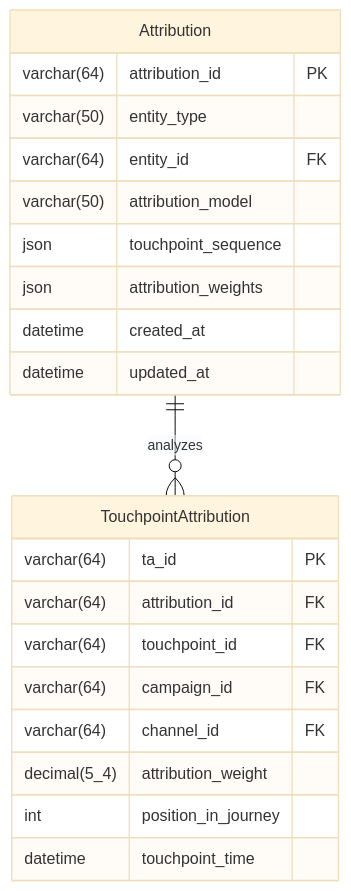
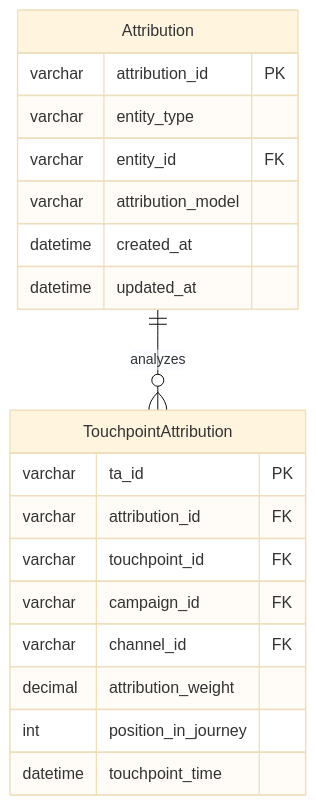
Diagram 16 of 25 in docs/b2b-cdp-entity-design.md (312268112/advanced-java), drawn with Mermaid (base theme) before and after one commit. The commit also changed other lines of this file, not shown here.

Commit message:
Refactor: Update B2B CDP entity design documentation

````diff
--- a/docs/b2b-cdp-entity-design.md
+++ b/docs/b2b-cdp-entity-design.md
@@ -804,26 +774,24 @@
 ```mermaid
 erDiagram
-    Attribution ||--o{ TouchpointAttribution : "analyzes"
+    Attribution ||--o{ TouchpointAttribution : analyzes
     
     Attribution {
-        varchar(64) attribution_id PK
-        varchar(50) entity_type
-        varchar(64) entity_id FK
-        varchar(50) attribution_model
-        json touchpoint_sequence
-        json attribution_weights
+        varchar attribution_id PK
+        varchar entity_type
+        varchar entity_id FK
+        varchar attribution_model
         datetime created_at
         datetime updated_at
     }
     
     TouchpointAttribution {
-        varchar(64) ta_id PK
-        varchar(64) attribution_id FK
-        varchar(64) touchpoint_id FK
-        varchar(64) campaign_id FK
-        varchar(64) channel_id FK
-        decimal(5_4) attribution_weight
+        varchar ta_id PK
+        varchar attribution_id FK
+        varchar touchpoint_id FK
+        varchar campaign_id FK
+        varchar channel_id FK
+        decimal attribution_weight
         int position_in_journey
         datetime touchpoint_time
     }
 ```
````
